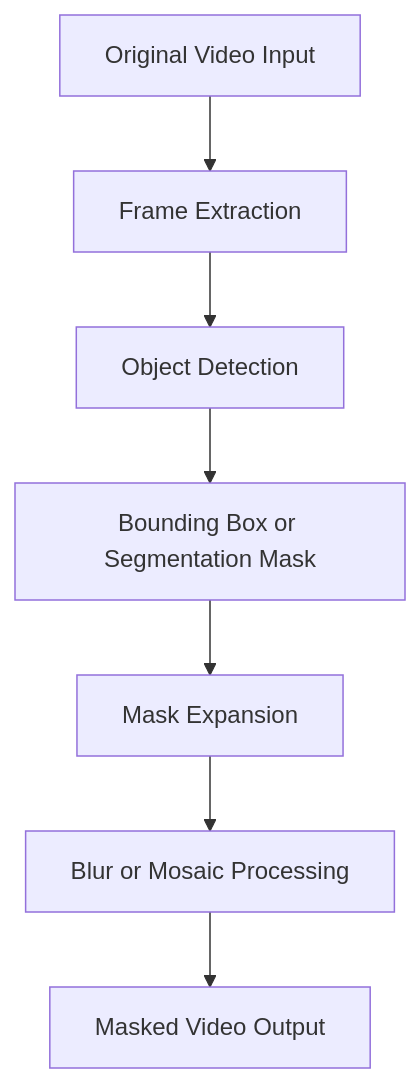
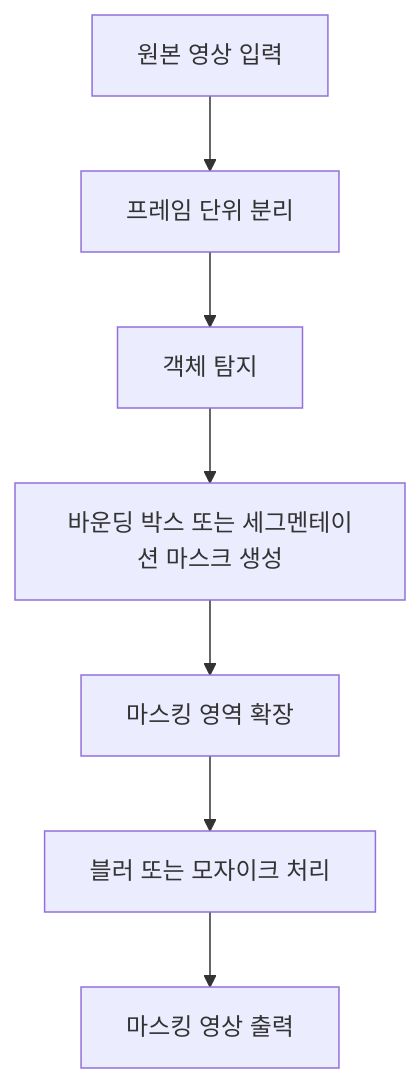
One commit to Marble2468/ip-camera-hub changed the third of 5 diagrams in README.md. Above: the diagram before and after it, drawn with Mermaid. The commit also changed other lines of this file, not shown here.

````diff
--- a/README.md
+++ b/README.md
@@ -110,9 +110,9 @@
 ```mermaid
 flowchart TD
-    A[Original Video Input] --> B[Frame Extraction]
-    B --> C[Object Detection]
-    C --> D[Bounding Box or Segmentation Mask]
-    D --> E[Mask Expansion]
-    E --> F[Blur or Mosaic Processing]
-    F --> G[Masked Video Output]
+    A[원본 영상 입력] --> B[프레임 단위 분리]
+    B --> C[객체 탐지]
+    C --> D[바운딩 박스 또는 세그멘테이션 마스크 생성]
+    D --> E[마스킹 영역 확장]
+    E --> F[블러 또는 모자이크 처리]
+    F --> G[마스킹 영상 출력]
 ```
````
